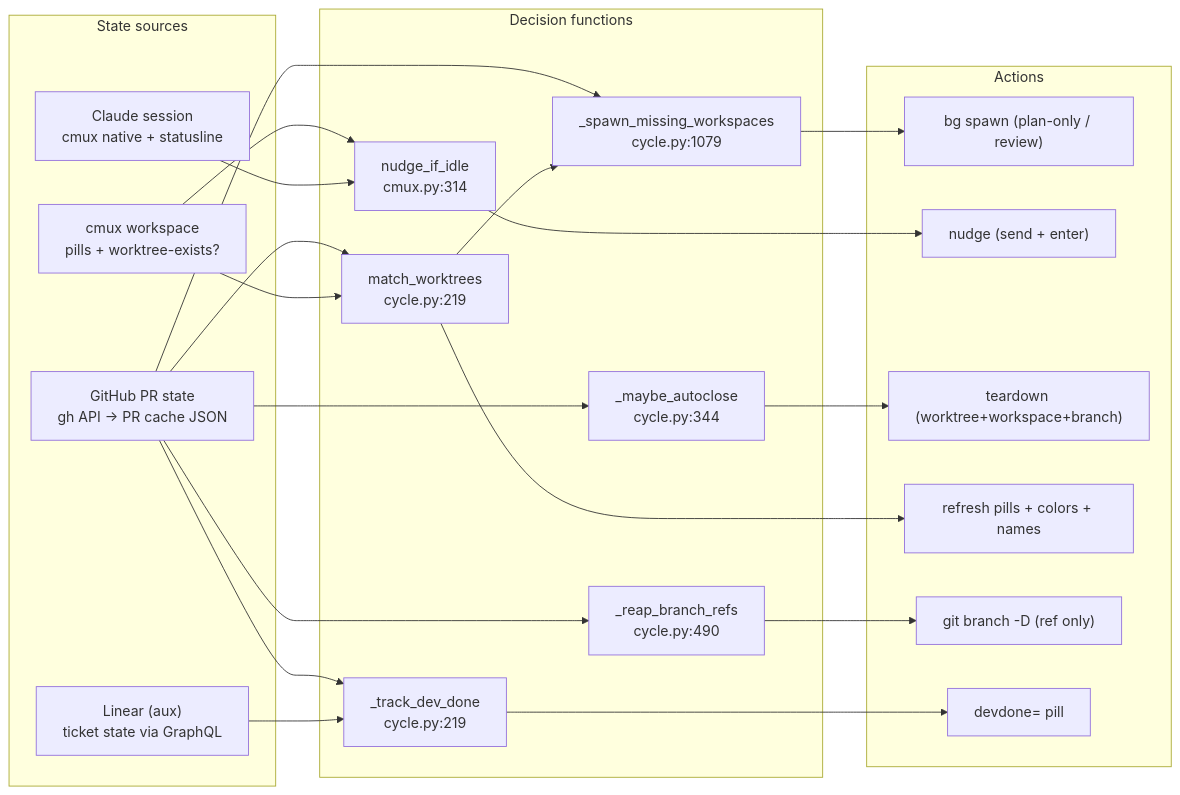
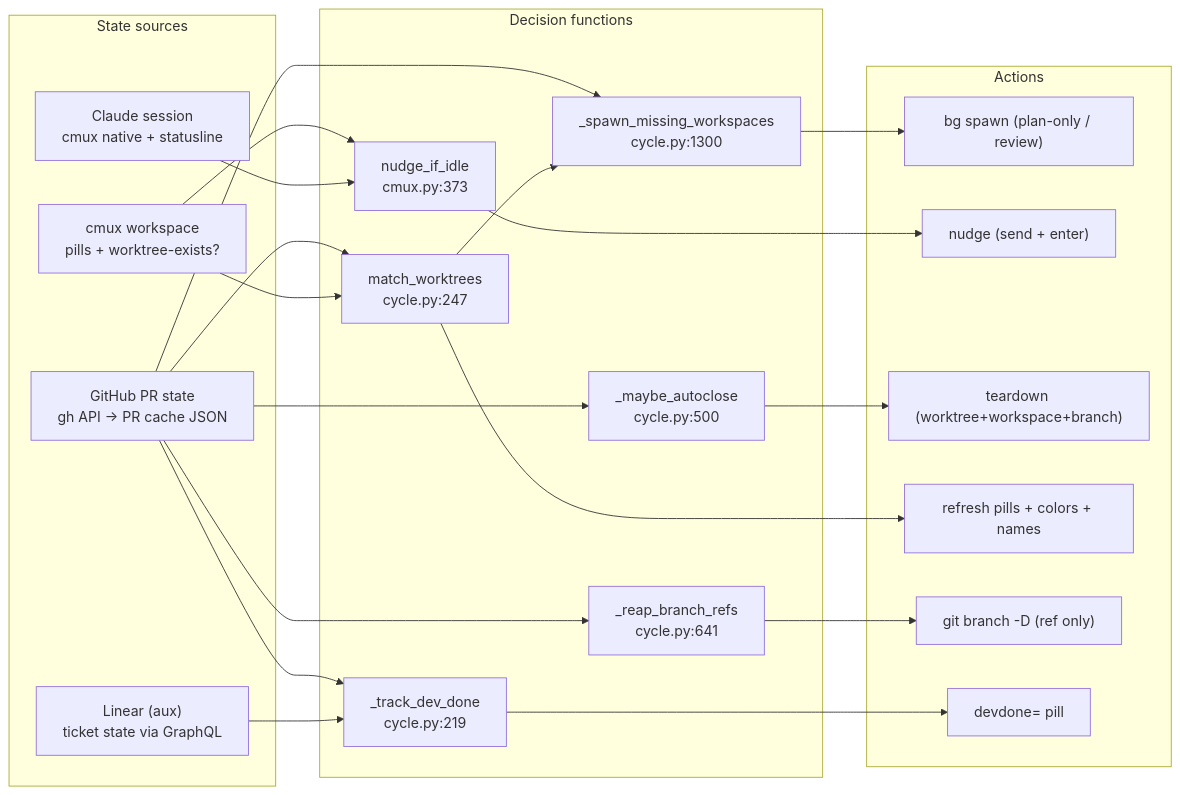
Before and after one commit to khivi/cockpit: the first of 5 diagrams in docs/state-machine.md, drawn with Mermaid. The commit also changed other lines of this file and 17 other files, not shown here.

````diff
--- a/docs/state-machine.md
+++ b/docs/state-machine.md
@@ -26,41 +26,41 @@
 ```mermaid
 flowchart LR
   subgraph SRC["State sources"]
     GH["GitHub PR state<br/>gh API → PR cache JSON"]
     CL["Claude session<br/>cmux native + statusline"]
     CM["cmux workspace<br/>pills + worktree-exists?"]
     LIN["Linear (aux)<br/>ticket state via GraphQL"]
   end
 
   subgraph DEC["Decision functions"]
-    MW["match_worktrees<br/>cycle.py:219"]
-    SM["_spawn_missing_workspaces<br/>cycle.py:1079"]
-    NI["nudge_if_idle<br/>cmux.py:314"]
+    MW["match_worktrees<br/>cycle.py:247"]
+    SM["_spawn_missing_workspaces<br/>cycle.py:1300"]
+    NI["nudge_if_idle<br/>cmux.py:373"]
     DD["_track_dev_done<br/>cycle.py:219"]
-    AC["_maybe_autoclose<br/>cycle.py:344"]
-    BR["_reap_branch_refs<br/>cycle.py:490"]
+    AC["_maybe_autoclose<br/>cycle.py:500"]
+    BR["_reap_branch_refs<br/>cycle.py:641"]
   end
 
   subgraph ACT["Actions"]
     A1["bg spawn (plan-only / review)"]
     A2["nudge (send + enter)"]
     A4["teardown (worktree+workspace+branch)"]
     A5["refresh pills + colors + names"]
     A6["git branch -D (ref only)"]
     A7["devdone= pill"]
   end
 
   GH --> MW & SM & AC & BR
   GH --> DD
   CM --> MW & NI
   CL --> NI
   LIN --> DD
 
   MW --> SM
   SM --> A1
   NI --> A2
   AC --> A4
   MW --> A5
   BR --> A6
   DD --> A7
 ```
````
